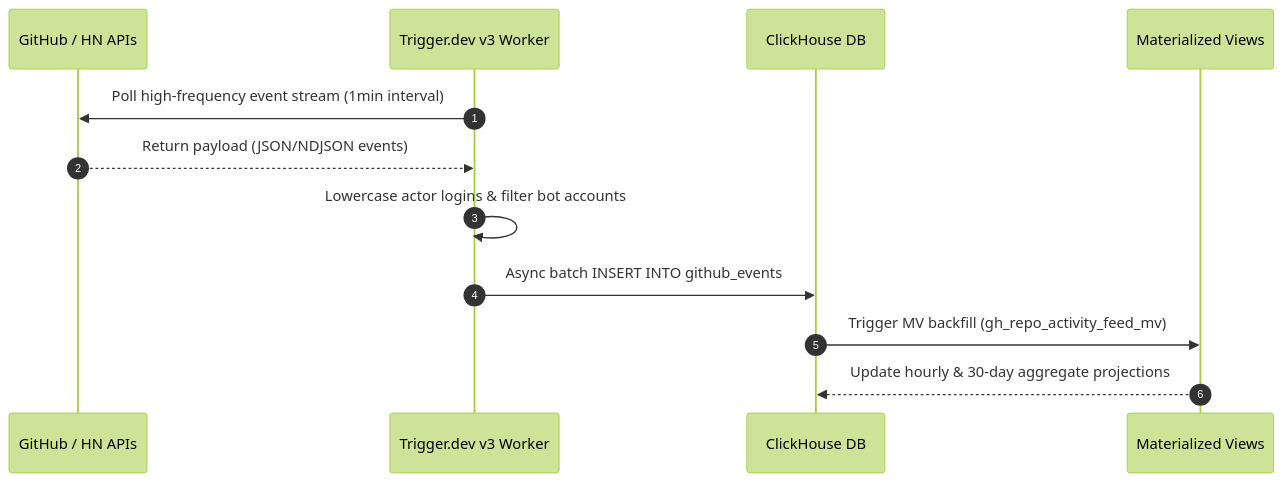
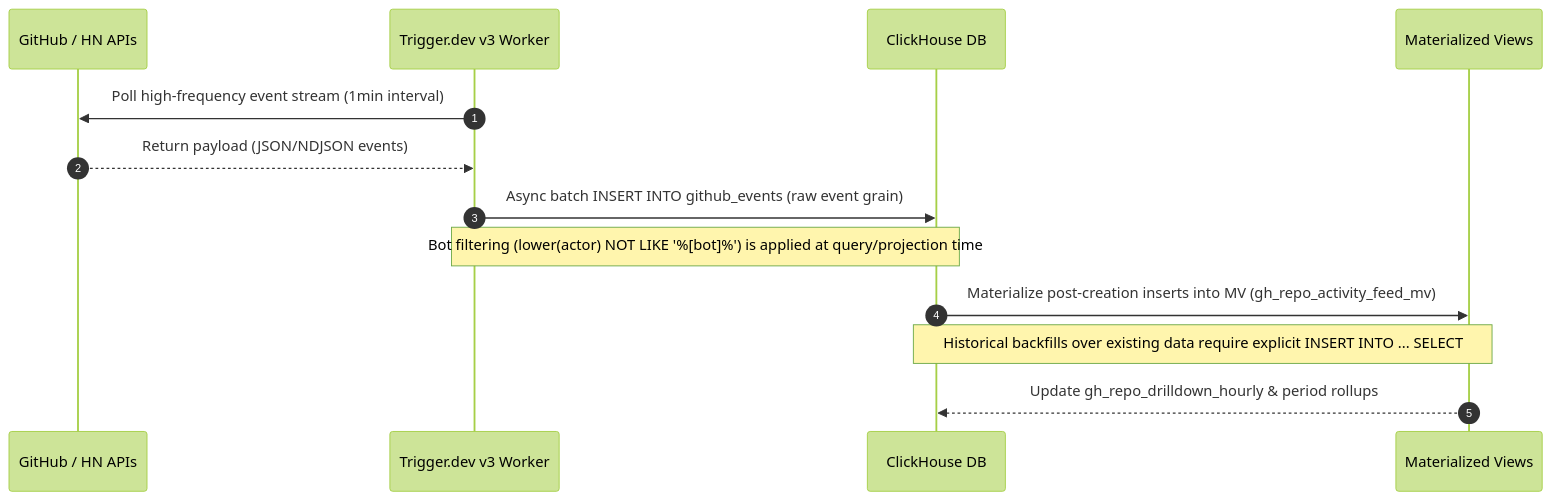
The second of 6 diagrams in docs/architecture/SYSTEM-ARCHITECTURE.md (victoremnm/attention-terminal), drawn with Mermaid (forest theme) before and after one commit. The commit also changed other lines of this file and 3 other files, not shown here.

First line of the commit message:
docs(architecture): address Codex review comments on ERD, MVs, and skip index claims

````diff
--- a/docs/architecture/SYSTEM-ARCHITECTURE.md
+++ b/docs/architecture/SYSTEM-ARCHITECTURE.md
@@ -68,15 +68,16 @@
 ```mermaid
 sequenceDiagram
     autonumber
     participant GH as GitHub / HN APIs
     participant TD as Trigger.dev v3 Worker
     participant CH as ClickHouse DB
     participant MV as Materialized Views
 
     TD->>GH: Poll high-frequency event stream (1min interval)
     GH-->>TD: Return payload (JSON/NDJSON events)
-    TD->>TD: Lowercase actor logins & filter bot accounts
-    TD->>CH: Async batch INSERT INTO github_events
-    CH->>MV: Trigger MV backfill (gh_repo_activity_feed_mv)
-    MV-->>CH: Update hourly & 30-day aggregate projections
+    TD->>CH: Async batch INSERT INTO github_events (raw event grain)
+    Note over TD,CH: Bot filtering (lower(actor) NOT LIKE '%[bot]%') is applied at query/projection time
+    CH->>MV: Materialize post-creation inserts into MV (gh_repo_activity_feed_mv)
+    Note over CH,MV: Historical backfills over existing data require explicit INSERT INTO ... SELECT
+    MV-->>CH: Update gh_repo_drilldown_hourly & period rollups
 ```
````
